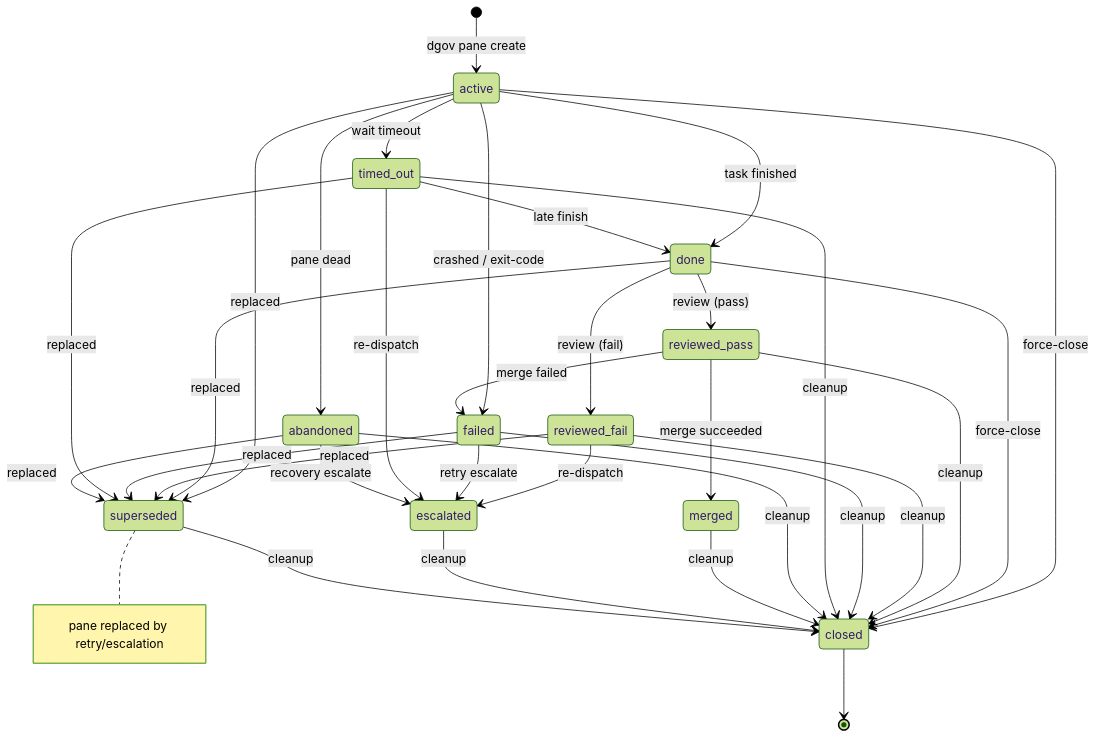
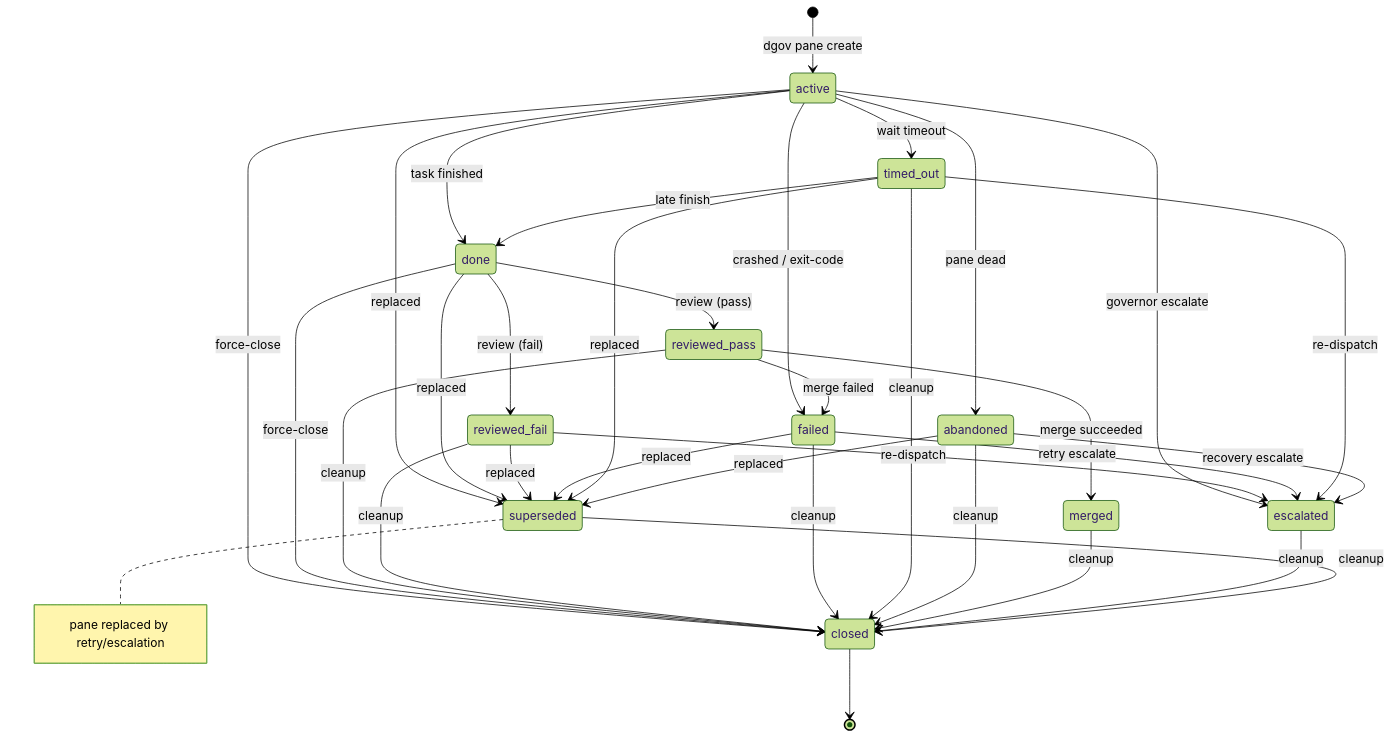
One commit to jameshgrn/dgov changed the diagram in README.md. Above: the diagram before and after it, drawn with Mermaid (forest theme).

Commit message:
Fix README lifecycle diagram

````diff
--- a/README.md
+++ b/README.md
@@ -14,44 +14,45 @@
 ```mermaid
 stateDiagram-v2
     [*] --> active: dgov pane create
 
     active --> done: task finished
     active --> failed: crashed / exit-code
     active --> timed_out: wait timeout
     active --> abandoned: pane dead
     active --> closed: force-close
+    active --> escalated: governor escalate
     active --> superseded: replaced
 
     done --> reviewed_pass: review (pass)
     done --> reviewed_fail: review (fail)
     done --> closed: force-close
     done --> superseded: replaced
 
     reviewed_pass --> merged: merge succeeded
     reviewed_pass --> failed: merge failed
     reviewed_pass --> closed: cleanup
     reviewed_fail --> closed: cleanup
     reviewed_fail --> superseded: replaced
     reviewed_fail --> escalated: re-dispatch
 
     failed --> closed: cleanup
     failed --> superseded: replaced
     failed --> escalated: retry escalate
 
     timed_out --> done: late finish
     timed_out --> closed: cleanup
     timed_out --> superseded: replaced
     timed_out --> escalated: re-dispatch
 
     abandoned --> closed: cleanup
     abandoned --> superseded: replaced
     abandoned --> escalated: recovery escalate
 
     merged --> closed: cleanup
     escalated --> closed: cleanup
     superseded --> closed: cleanup
 
     closed --> [*]
 
     note right of superseded: pane replaced by retry/escalation
 ```
````
